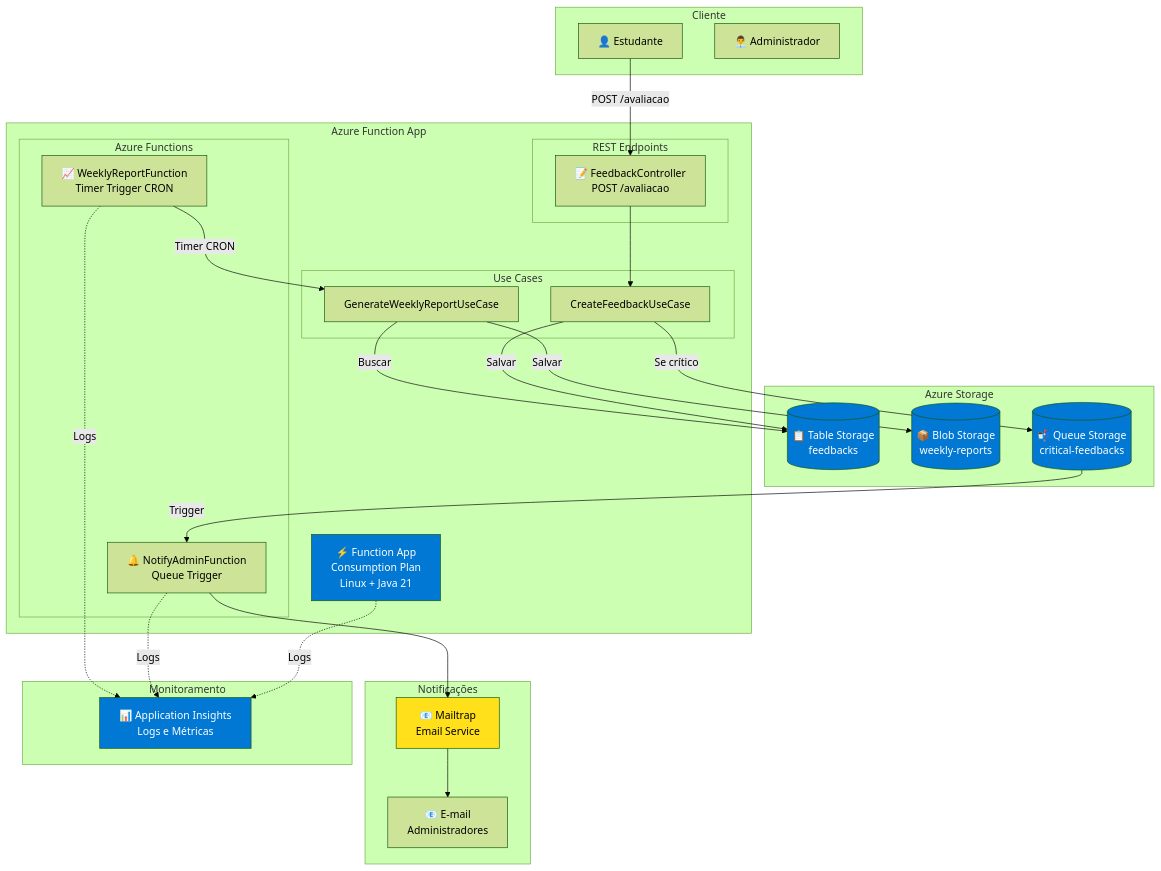
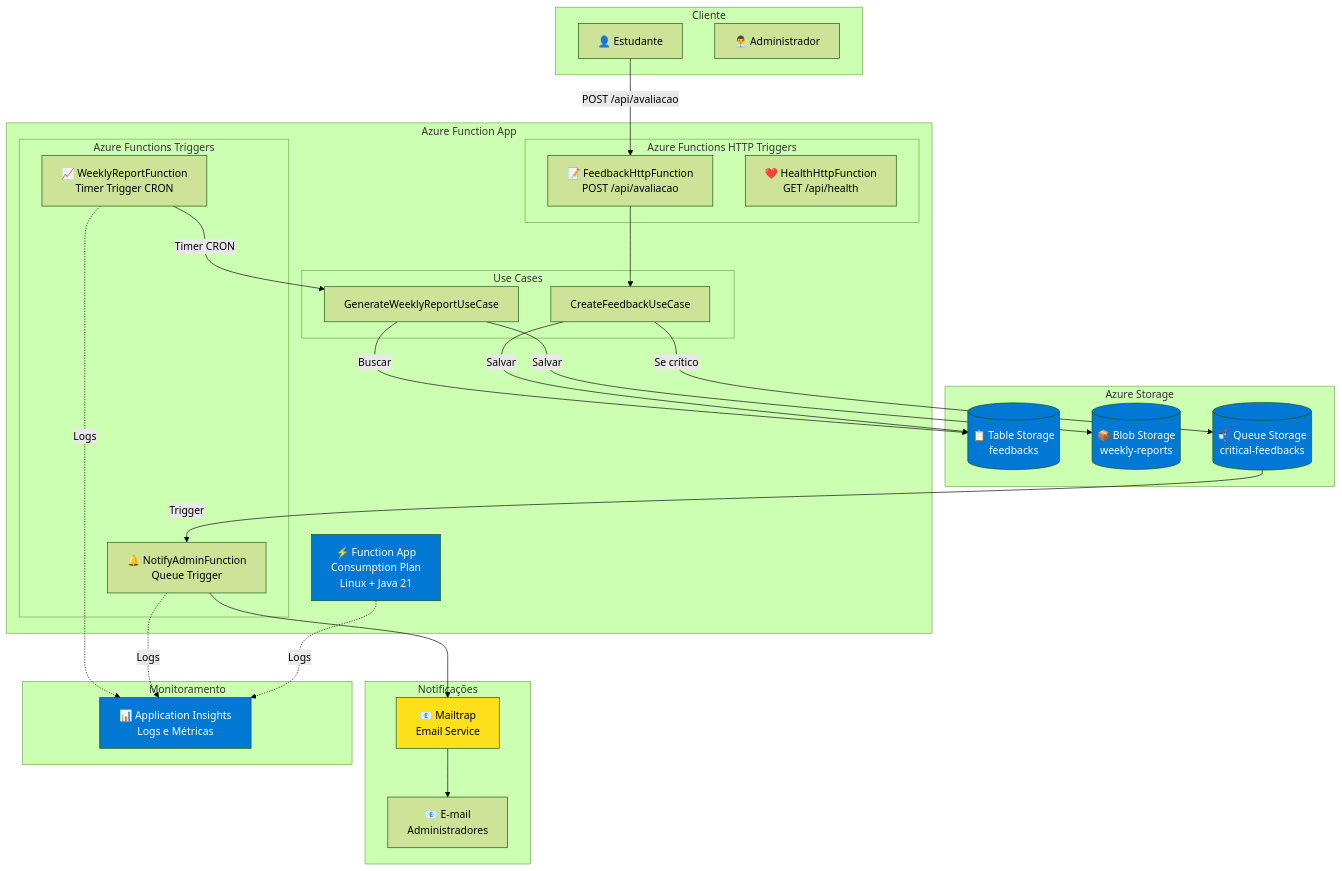
Before and after one commit to luizffdemoraes/feedback-sync: the first of 9 diagrams in README.md, drawn with Mermaid (forest theme). The commit also changed other lines of this file and 5 other files, not shown here.

````diff
--- a/README.md
+++ b/README.md
@@ -270,63 +269,64 @@
 ```mermaid
 graph TB
     subgraph "Cliente"
         Estudante[👤 Estudante]
         Admin[👨‍💼 Administrador]
     end
 
     subgraph "Azure Function App"
         FuncApp[⚡ Function App<br/>Consumption Plan<br/>Linux + Java 21]
         
-        subgraph "REST Endpoints"
-            FeedbackCtrl[📝 FeedbackController<br/>POST /avaliacao]
+        subgraph "Azure Functions HTTP Triggers"
+            FeedbackFunc[📝 FeedbackHttpFunction<br/>POST /api/avaliacao]
+            HealthFunc[❤️ HealthHttpFunction<br/>GET /api/health]
         end
         
-        subgraph "Azure Functions"
+        subgraph "Azure Functions Triggers"
             NotifyFunc[🔔 NotifyAdminFunction<br/>Queue Trigger]
             WeeklyFunc[📈 WeeklyReportFunction<br/>Timer Trigger CRON]
         end
         
         subgraph "Use Cases"
             CreateUC[CreateFeedbackUseCase]
             ReportUC[GenerateWeeklyReportUseCase]
         end
     end
 
     subgraph "Azure Storage"
         TableStorage[(📋 Table Storage<br/>feedbacks)]
         BlobStorage[(📦 Blob Storage<br/>weekly-reports)]
         QueueStorage[(📬 Queue Storage<br/>critical-feedbacks)]
     end
 
     subgraph "Notificações"
         Mailtrap[📧 Mailtrap<br/>Email Service]
         Email[📧 E-mail<br/>Administradores]
     end
 
     subgraph "Monitoramento"
         AppInsights[📊 Application Insights<br/>Logs e Métricas]
     end
 
-    Estudante -->|POST /avaliacao| FeedbackCtrl
-    FeedbackCtrl --> CreateUC
+    Estudante -->|POST /api/avaliacao| FeedbackFunc
+    FeedbackFunc --> CreateUC
     CreateUC -->|Salvar| TableStorage
     CreateUC -->|Se crítico| QueueStorage
     QueueStorage -->|Trigger| NotifyFunc
     NotifyFunc --> Mailtrap
     Mailtrap --> Email
     
     WeeklyFunc -->|Timer CRON| ReportUC
     ReportUC -->|Buscar| TableStorage
     ReportUC -->|Salvar| BlobStorage
     
     FuncApp -.->|Logs| AppInsights
     NotifyFunc -.->|Logs| AppInsights
     WeeklyFunc -.->|Logs| AppInsights
 
     style FuncApp fill:#0078D4,color:#fff
     style TableStorage fill:#0078D4,color:#fff
     style BlobStorage fill:#0078D4,color:#fff
     style QueueStorage fill:#0078D4,color:#fff
     style Mailtrap fill:#FFE01B,color:#000
     style AppInsights fill:#0078D4,color:#fff
 ```
````
